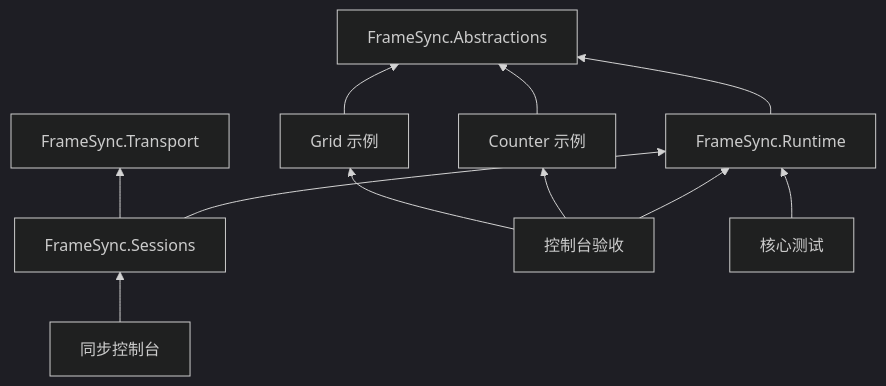
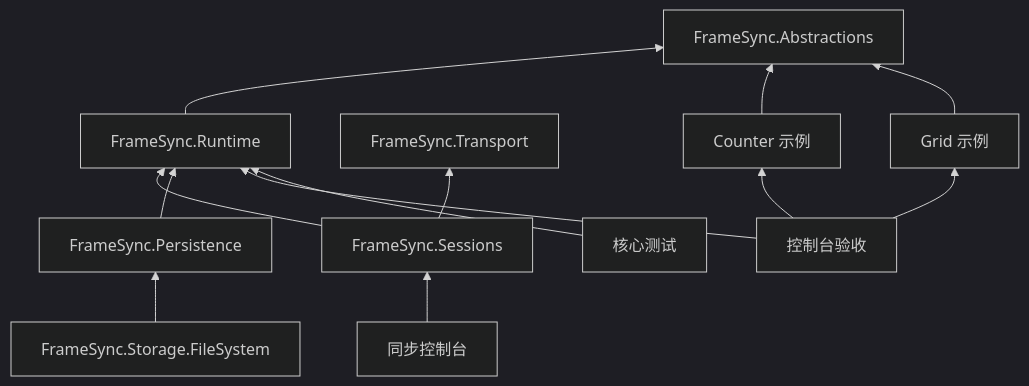
The diagram in README.md (lizujin1943-sketch/Advanture), drawn with Mermaid (dark theme) before and after one commit. The commit also changed other lines of this file and 81 other files, not shown here.

````diff
--- a/README.md
+++ b/README.md
@@ -73,13 +77,15 @@
 ```mermaid
 flowchart BT
     Sessions[FrameSync.Sessions] --> Runtime[FrameSync.Runtime]
     Sessions --> Transport[FrameSync.Transport]
     Runtime --> Contracts[FrameSync.Abstractions]
+    Persistence[FrameSync.Persistence] --> Runtime
+    FileSystem[FrameSync.Storage.FileSystem] --> Persistence
     SyncHarness[同步控制台] --> Sessions
     Counter[Counter 示例] --> Contracts
     Grid[Grid 示例] --> Contracts
     Harness[控制台验收] --> Runtime
     Harness --> Counter
     Harness --> Grid
     Tests[核心测试] --> Runtime
 ```
````
